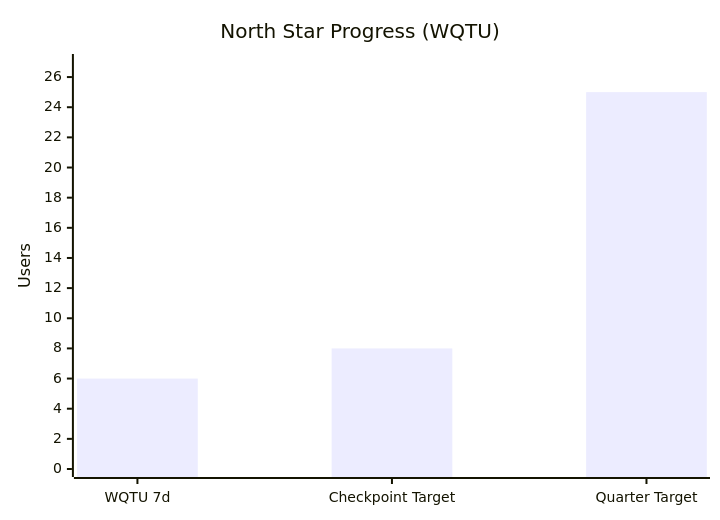
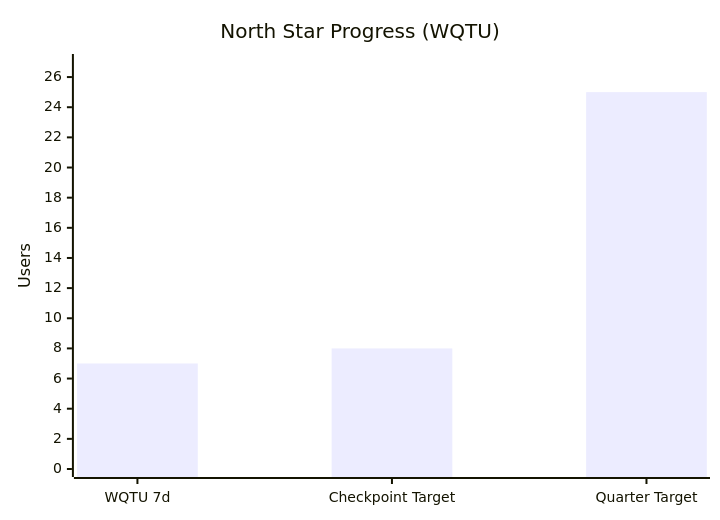
The second of 4 diagrams in wiki/Paid-Acquisition.md (IgorGanapolsky/Random-Timer), drawn with Mermaid before and after one commit. The commit also changed other lines of this file and 10 other files, not shown here.

````diff
--- a/wiki/Paid-Acquisition.md
+++ b/wiki/Paid-Acquisition.md
@@ -50,7 +50,7 @@
 ```mermaid
 xychart-beta
     title "North Star Progress (WQTU)"
     x-axis ["WQTU 7d" , "Checkpoint Target" , "Quarter Target"]
     y-axis "Users" 0 --> 27
-    bar [6 , 8 , 25]
+    bar [7 , 8 , 25]
 ```
````
